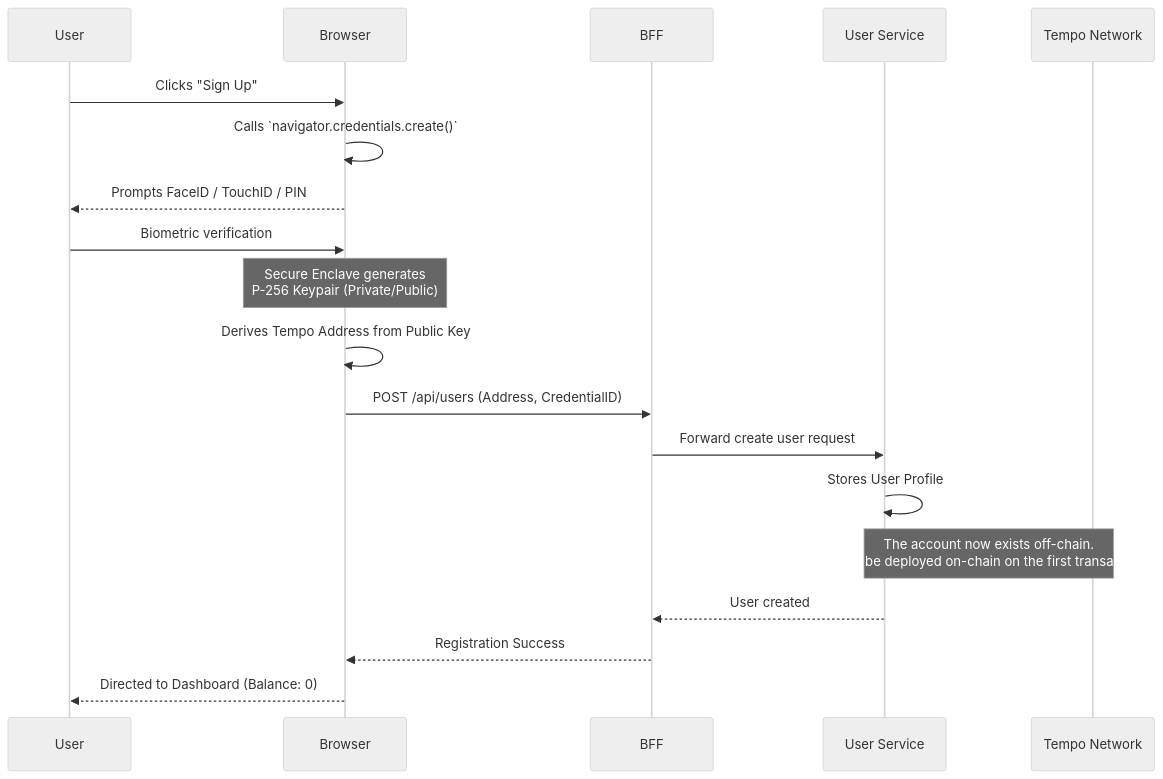
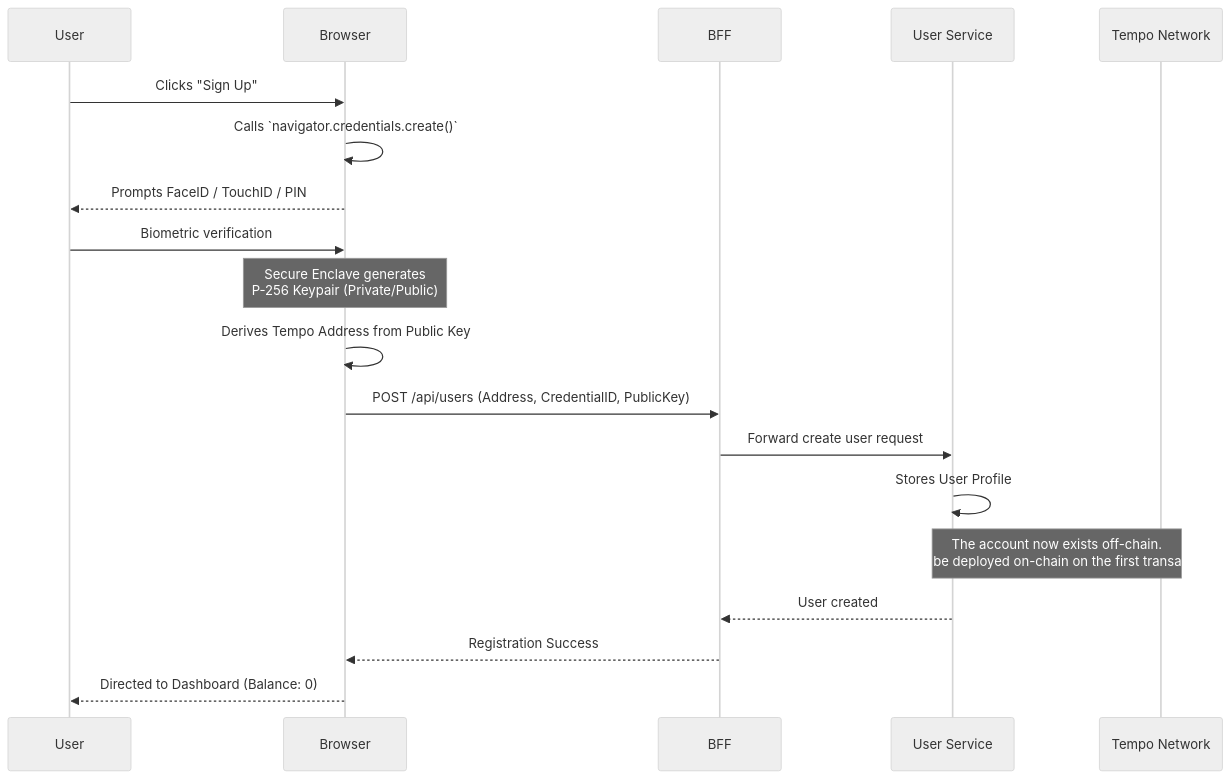
One commit to balnoumair/web-3-bank changed the first of 3 diagrams in architecture/authentication.md. Above: the diagram before and after it, drawn with Mermaid (neutral theme). The commit also changed 34 other files, not shown here.

````diff
--- a/architecture/authentication.md
+++ b/architecture/authentication.md
@@ -30,22 +30,22 @@
 ```mermaid
 sequenceDiagram
     participant User
     participant Browser
     participant BFF
     participant User Service
     participant Tempo Network
 
     User->>Browser: Clicks "Sign Up"
     Browser->>Browser: Calls `navigator.credentials.create()`
     Browser-->>User: Prompts FaceID / TouchID / PIN
     User->>Browser: Biometric verification
     Note over Browser: Secure Enclave generates<br>P-256 Keypair (Private/Public)
     Browser->>Browser: Derives Tempo Address from Public Key
-    Browser->>BFF: POST /api/users (Address, CredentialID)
+    Browser->>BFF: POST /api/users (Address, CredentialID, PublicKey)
     BFF->>User Service: Forward create user request
     User Service->>User Service: Stores User Profile
     Note over User Service, Tempo Network: The account now exists off-chain.<br>It will be deployed on-chain on the first transaction.
     User Service-->>BFF: User created
     BFF-->>Browser: Registration Success
     Browser-->>User: Directed to Dashboard (Balance: 0)
 ```
````
